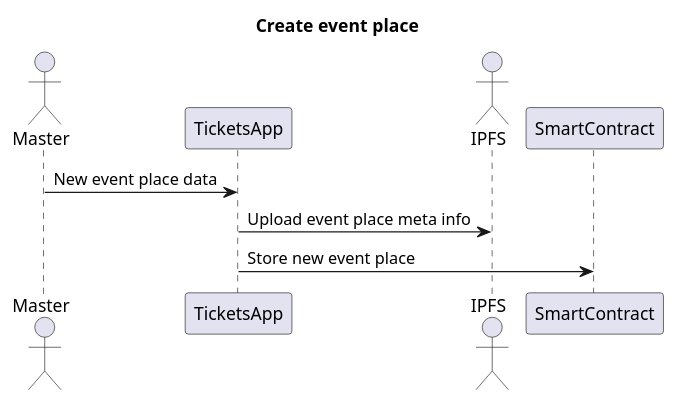
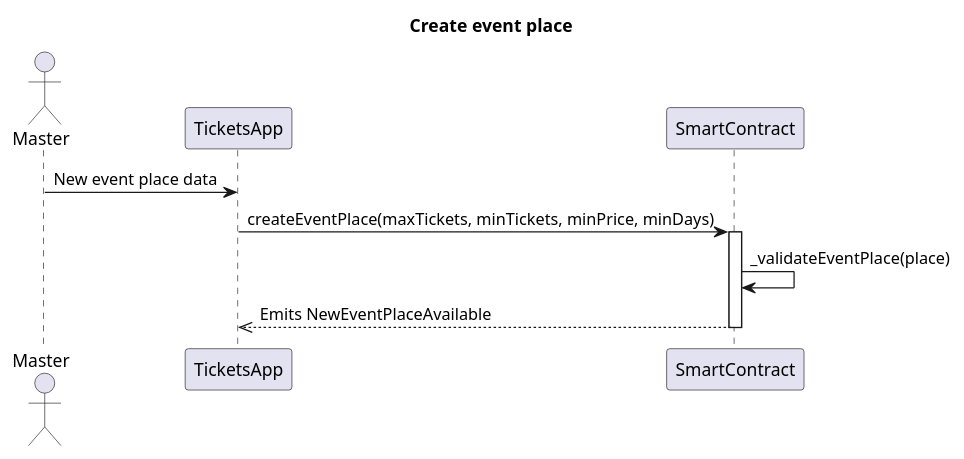
The second of 26 diagrams in README.org (ai-shift/cyber-valley-tickets), drawn with PlantUML before and after one commit. The commit also changed other lines of this file, not shown here.

```diff
--- a/README.org
+++ b/README.org
@@ -99,12 +107,14 @@
 #+begin_src plantuml :file ./img/create-event-place.png
 title Create event place
 
 actor Master
 participant TicketsApp
-actor IPFS
 participant SmartContract
 
 Master -> TicketsApp: New event place data
-TicketsApp -> IPFS: Upload event place meta info
-TicketsApp -> SmartContract: Store new event place
+TicketsApp -> SmartContract: createEventPlace(maxTickets, minTickets, minPrice, minDays)
+activate SmartContract
+SmartContract -> SmartContract: _validateEventPlace(place)
+SmartContract -->> TicketsApp: Emits NewEventPlaceAvailable
+deactivate SmartContract
 #+end_src
```
